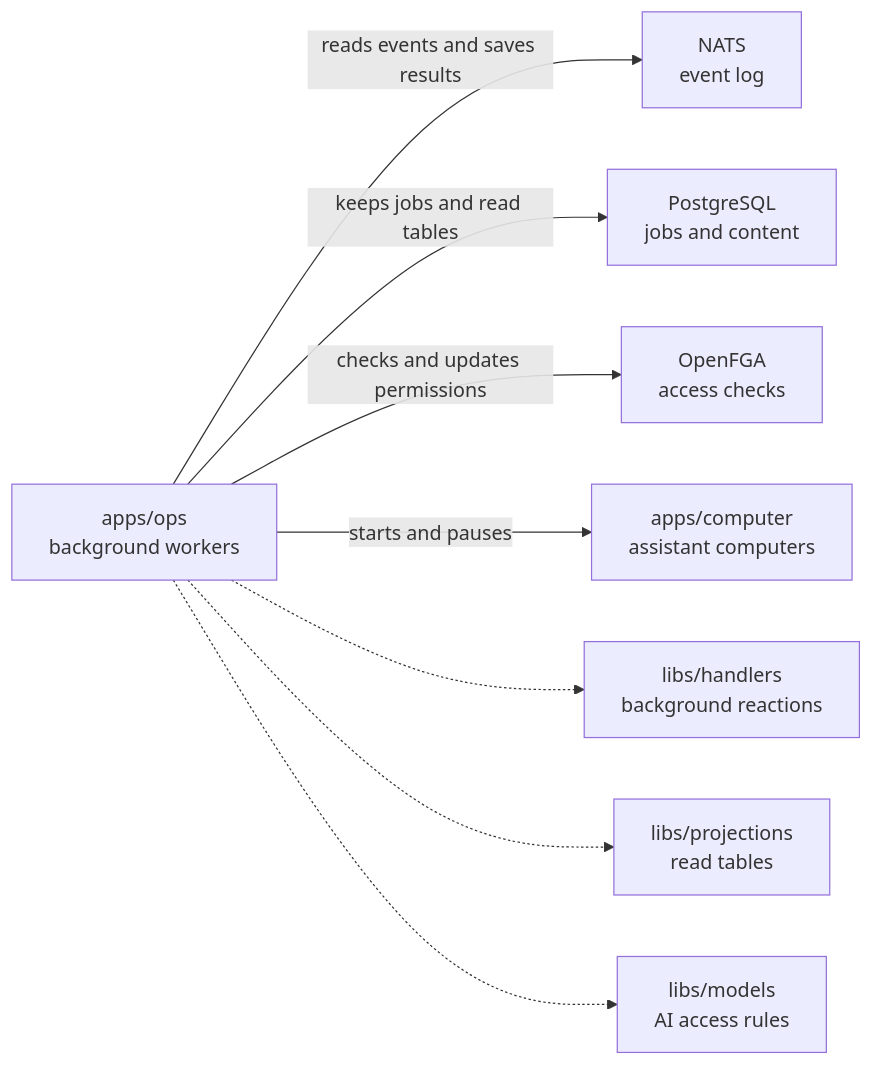
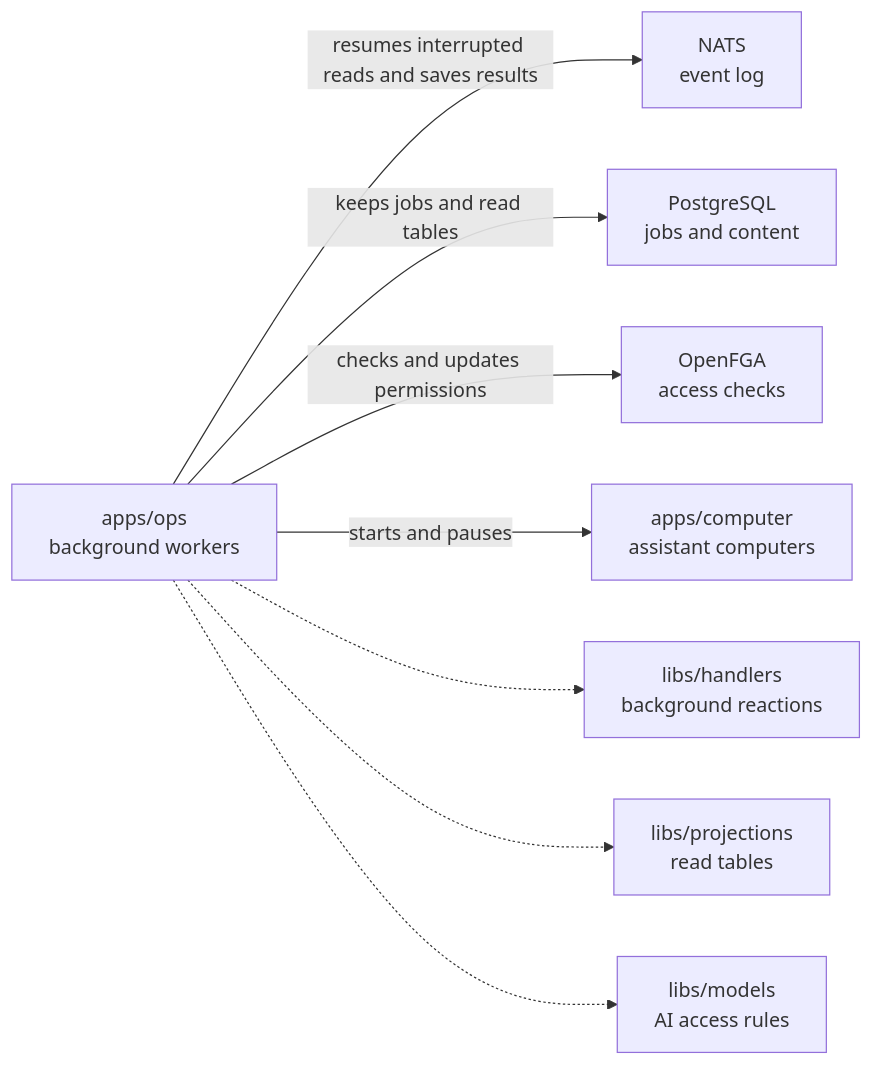
Before and after one commit to elewa-git/opencrane-new: the diagram in apps/ops/README.md, drawn with Mermaid. The commit also changed other lines of this file and 39 other files, not shown here.

````diff
--- a/apps/ops/README.md
+++ b/apps/ops/README.md
@@ -18,10 +18,10 @@
 ```mermaid
 flowchart LR
-  ops["apps/ops<br/>background workers"] -->|reads events and saves results| nats["NATS<br/>event log"]
+  ops["apps/ops<br/>background workers"] -->|resumes interrupted reads and saves results| nats["NATS<br/>event log"]
   ops -->|keeps jobs and read tables| pg["PostgreSQL<br/>jobs and content"]
   ops -->|checks and updates permissions| fga["OpenFGA<br/>access checks"]
   ops -->|starts and pauses| computer["apps/computer<br/>assistant computers"]
   ops -.-> handlers["libs/handlers<br/>background reactions"]
   ops -.-> projections["libs/projections<br/>read tables"]
   ops -.-> models["libs/models<br/>AI access rules"]
 ```
````
